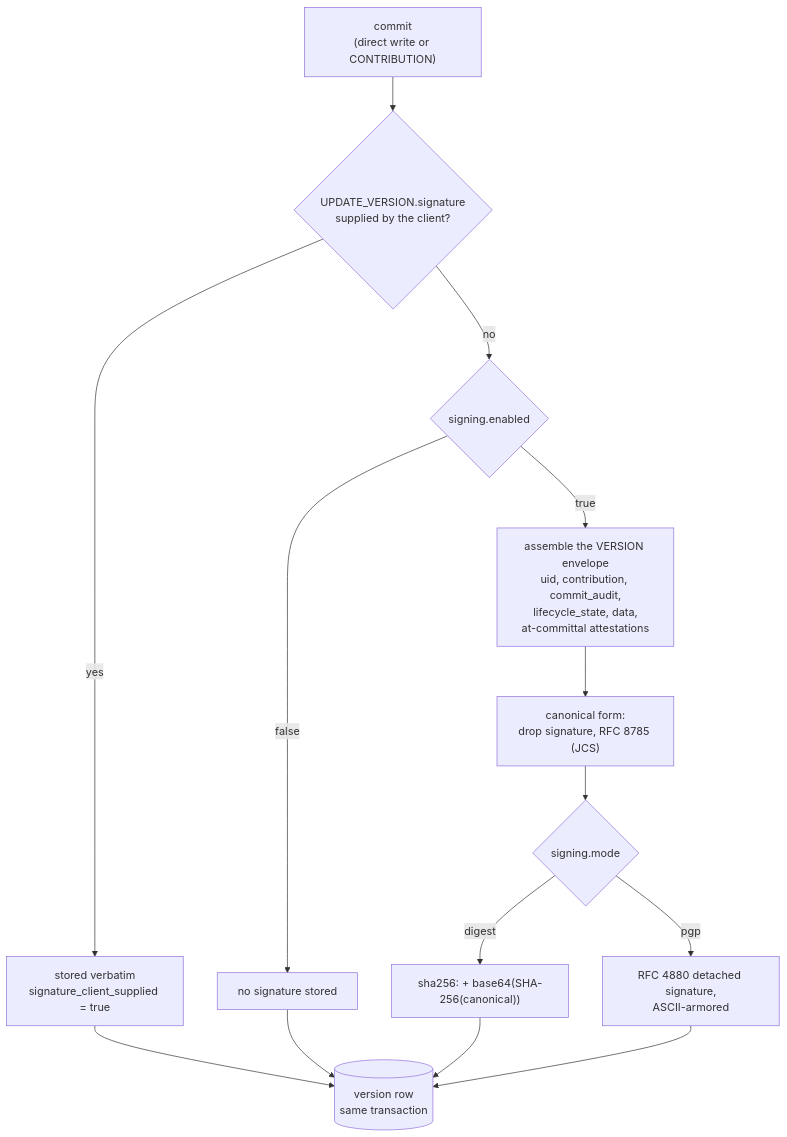
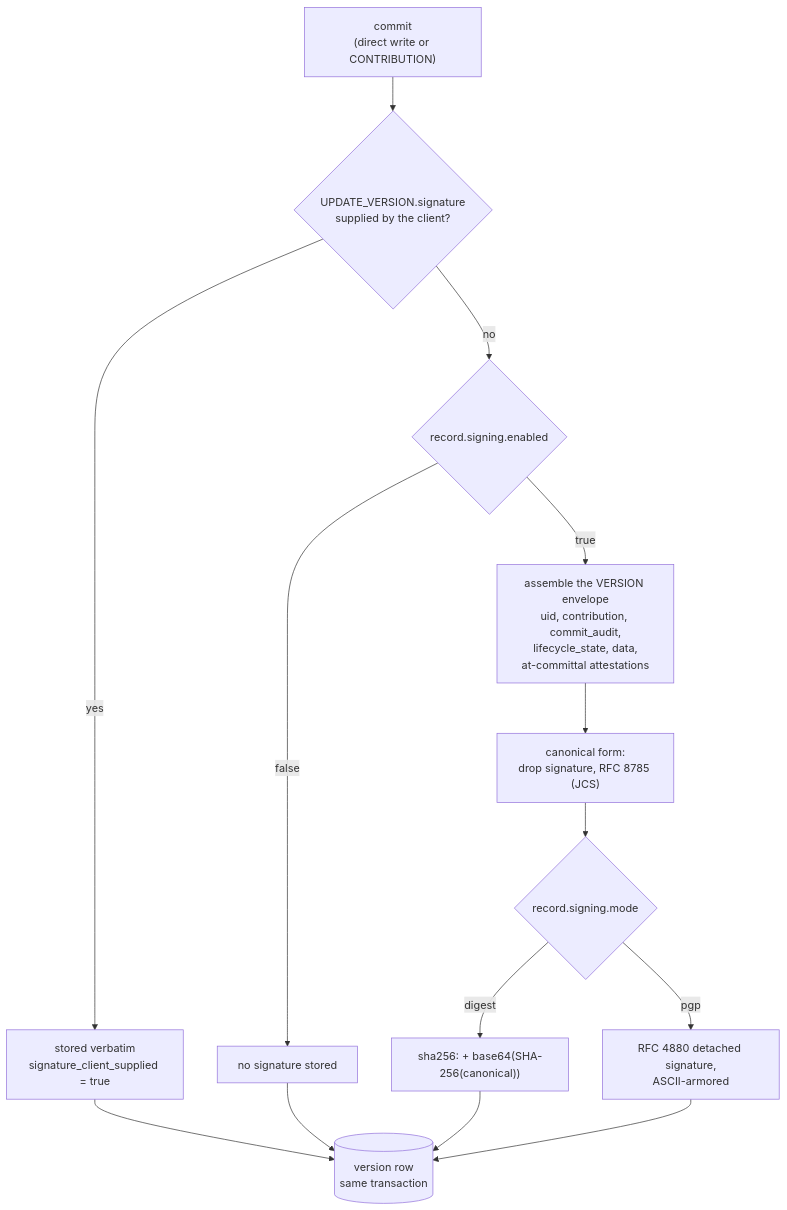
Before and after one commit to FerroHEALTH/FerroEHR: the diagram in website/book/src/signing/digest.md, drawn with Mermaid. The commit also changed other lines of this file and 169 other files, not shown here.

````diff
--- a/website/book/src/signing/digest.md
+++ b/website/book/src/signing/digest.md
@@ -78,16 +78,16 @@
 ```mermaid
 flowchart TD
     A["commit<br/>(direct write or CONTRIBUTION)"] --> B{"UPDATE_VERSION.signature<br/>supplied by the client?"}
     B -->|yes| C["stored verbatim<br/>signature_client_supplied = true"]
-    B -->|no| D{"signing.enabled"}
+    B -->|no| D{"record.signing.enabled"}
     D -->|false| E["no signature stored"]
     D -->|true| F["assemble the VERSION envelope<br/>uid, contribution, commit_audit,<br/>lifecycle_state, data,<br/>at-committal attestations"]
     F --> G["canonical form:<br/>drop signature, RFC 8785 (JCS)"]
-    G --> H{"signing.mode"}
+    G --> H{"record.signing.mode"}
     H -->|digest| I["sha256: + base64(SHA-256(canonical))"]
     H -->|pgp| J["RFC 4880 detached signature,<br/>ASCII-armored"]
     I --> K[("version row<br/>same transaction")]
     J --> K
     C --> K
     E --> K
 ```
````
